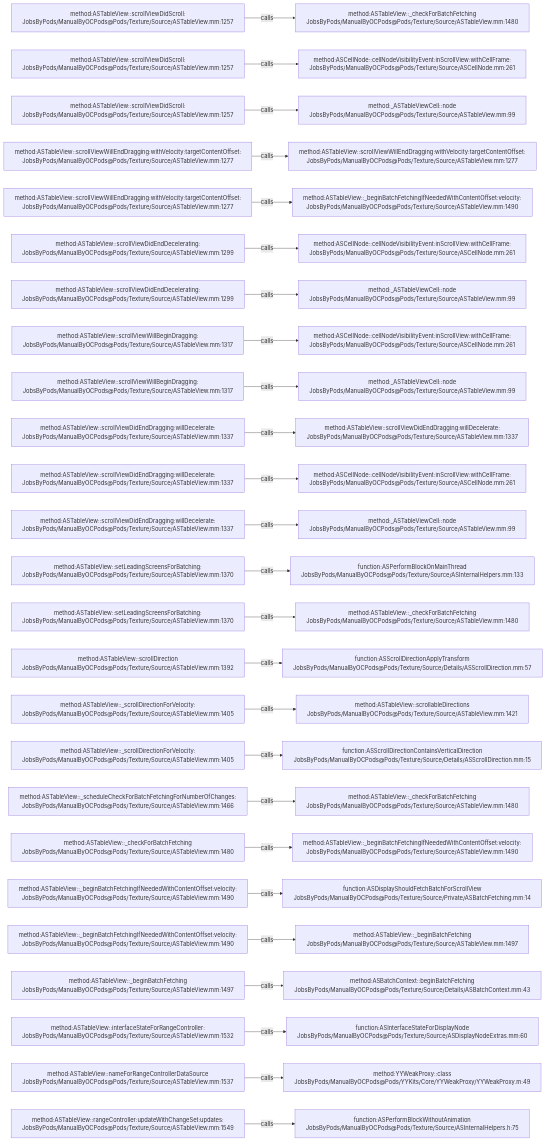
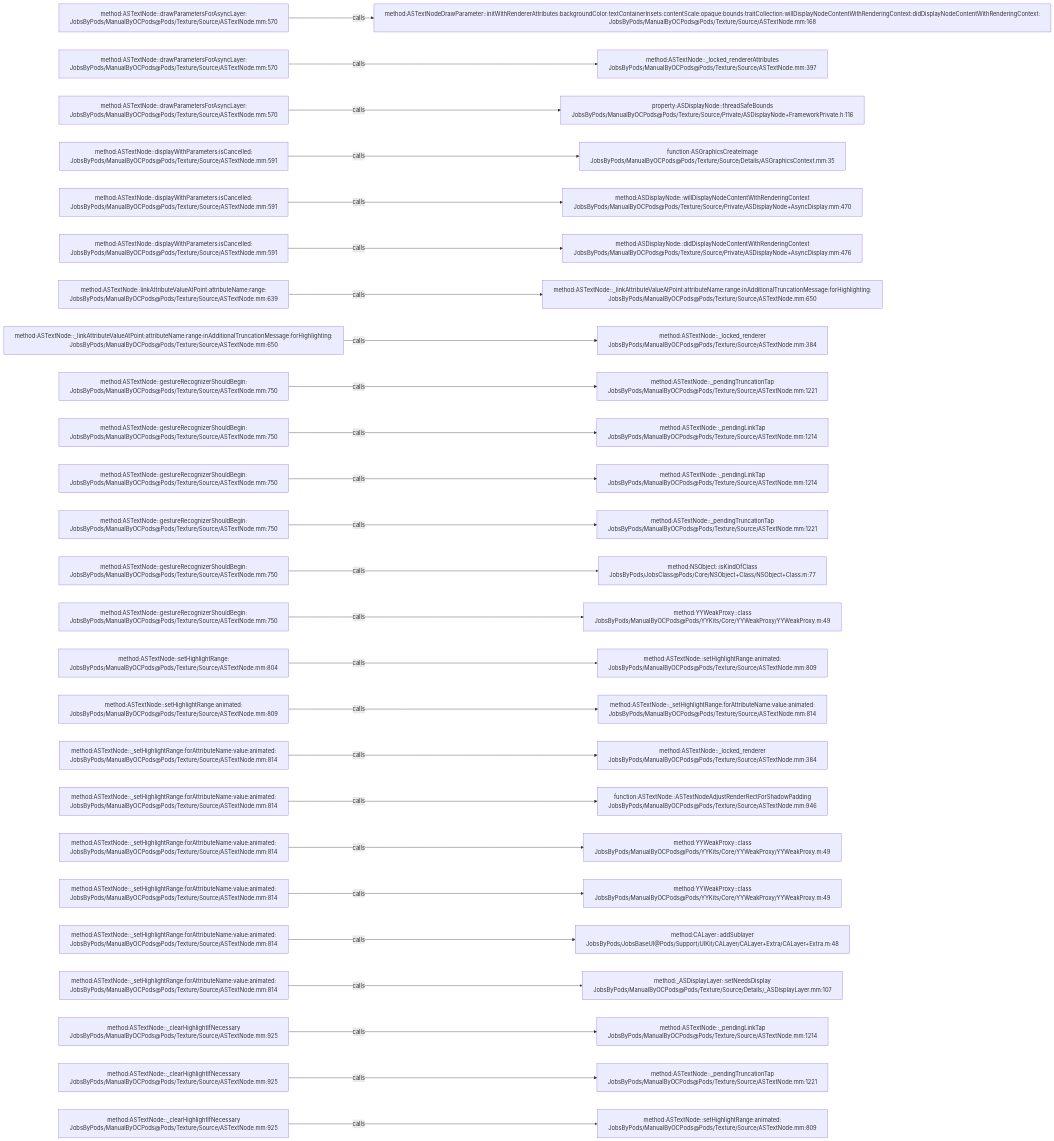
One commit to JobsKits/JobsOCBaseConfigDemo changed the diagram in .codegraph/codegraph.md/graphs/calls-137.md. Above: the diagram before and after it, drawn with Mermaid. The commit also changed 1223 other files, not shown here.

````diff
--- a/.codegraph/codegraph.md/graphs/calls-137.md
+++ b/.codegraph/codegraph.md/graphs/calls-137.md
@@ -13,78 +13,78 @@
 ```mermaid
 flowchart LR
-  S1["method:ASTableView::scrollViewDidScroll:<br/>JobsByPods/ManualByOCPods@Pods/Texture/Source/ASTableView.mm:1257"]
-  T1["method:ASTableView::_checkForBatchFetching<br/>JobsByPods/ManualByOCPods@Pods/Texture/Source/ASTableView.mm:1480"]
+  S1["method:ASTextNode::drawParametersForAsyncLayer:<br/>JobsByPods/ManualByOCPods@Pods/Texture/Source/ASTextNode.mm:570"]
+  T1["method:ASTextNodeDrawParameter::initWithRendererAttributes:backgroundColor:textContainerInsets:contentScale:opaque:bounds:traitCollection:willDisplayNodeContentWithRenderingContext:didDisplayNodeContentWithRenderingContext:<br/>JobsByPods/ManualByOCPods@Pods/Texture/Source/ASTextNode.mm:168"]
   S1 -->|calls| T1
-  S2["method:ASTableView::scrollViewDidScroll:<br/>JobsByPods/ManualByOCPods@Pods/Texture/Source/ASTableView.mm:1257"]
-  T2["method:ASCellNode::cellNodeVisibilityEvent:inScrollView:withCellFrame:<br/>JobsByPods/ManualByOCPods@Pods/Texture/Source/ASCellNode.mm:261"]
+  S2["method:ASTextNode::drawParametersForAsyncLayer:<br/>JobsByPods/ManualByOCPods@Pods/Texture/Source/ASTextNode.mm:570"]
+  T2["method:ASTextNode::_locked_rendererAttributes<br/>JobsByPods/ManualByOCPods@Pods/Texture/Source/ASTextNode.mm:397"]
   S2 -->|calls| T2
-  S3["method:ASTableView::scrollViewDidScroll:<br/>JobsByPods/ManualByOCPods@Pods/Texture/Source/ASTableView.mm:1257"]
-  T3["method:_ASTableViewCell::node<br/>JobsByPods/ManualByOCPods@Pods/Texture/Source/ASTableView.mm:99"]
+  S3["method:ASTextNode::drawParametersForAsyncLayer:<br/>JobsByPods/ManualByOCPods@Pods/Texture/Source/ASTextNode.mm:570"]
+  T3["property:ASDisplayNode::threadSafeBounds<br/>JobsByPods/ManualByOCPods@Pods/Texture/Source/Private/ASDisplayNode+FrameworkPrivate.h:116"]
   S3 -->|calls| T3
-  S4["method:ASTableView::scrollViewWillEndDragging:withVelocity:targetContentOffset:<br/>JobsByPods/ManualByOCPods@Pods/Texture/Source/ASTableView.mm:1277"]
-  T4["method:ASTableView::scrollViewWillEndDragging:withVelocity:targetContentOffset:<br/>JobsByPods/ManualByOCPods@Pods/Texture/Source/ASTableView.mm:1277"]
+  S4["method:ASTextNode::displayWithParameters:isCancelled:<br/>JobsByPods/ManualByOCPods@Pods/Texture/Source/ASTextNode.mm:591"]
+  T4["function:ASGraphicsCreateImage<br/>JobsByPods/ManualByOCPods@Pods/Texture/Source/Details/ASGraphicsContext.mm:35"]
   S4 -->|calls| T4
-  S5["method:ASTableView::scrollViewWillEndDragging:withVelocity:targetContentOffset:<br/>JobsByPods/ManualByOCPods@Pods/Texture/Source/ASTableView.mm:1277"]
-  T5["method:ASTableView::_beginBatchFetchingIfNeededWithContentOffset:velocity:<br/>JobsByPods/ManualByOCPods@Pods/Texture/Source/ASTableView.mm:1490"]
+  S5["method:ASTextNode::displayWithParameters:isCancelled:<br/>JobsByPods/ManualByOCPods@Pods/Texture/Source/ASTextNode.mm:591"]
+  T5["method:ASDisplayNode::willDisplayNodeContentWithRenderingContext<br/>JobsByPods/ManualByOCPods@Pods/Texture/Source/Private/ASDisplayNode+AsyncDisplay.mm:470"]
   S5 -->|calls| T5
-  S6["method:ASTableView::scrollViewDidEndDecelerating:<br/>JobsByPods/ManualByOCPods@Pods/Texture/Source/ASTableView.mm:1299"]
-  T6["method:ASCellNode::cellNodeVisibilityEvent:inScrollView:withCellFrame:<br/>JobsByPods/ManualByOCPods@Pods/Texture/Source/ASCellNode.mm:261"]
+  S6["method:ASTextNode::displayWithParameters:isCancelled:<br/>JobsByPods/ManualByOCPods@Pods/Texture/Source/ASTextNode.mm:591"]
+  T6["method:ASDisplayNode::didDisplayNodeContentWithRenderingContext<br/>JobsByPods/ManualByOCPods@Pods/Texture/Source/Private/ASDisplayNode+AsyncDisplay.mm:476"]
   S6 -->|calls| T6
-  S7["method:ASTableView::scrollViewDidEndDecelerating:<br/>JobsByPods/ManualByOCPods@Pods/Texture/Source/ASTableView.mm:1299"]
-  T7["method:_ASTableViewCell::node<br/>JobsByPods/ManualByOCPods@Pods/Texture/Source/ASTableView.mm:99"]
+  S7["method:ASTextNode::linkAttributeValueAtPoint:attributeName:range:<br/>JobsByPods/ManualByOCPods@Pods/Texture/Source/ASTextNode.mm:639"]
+  T7["method:ASTextNode::_linkAttributeValueAtPoint:attributeName:range:inAdditionalTruncationMessage:forHighlighting:<br/>JobsByPods/ManualByOCPods@Pods/Texture/Source/ASTextNode.mm:650"]
   S7 -->|calls| T7
-  S8["method:ASTableView::scrollViewWillBeginDragging:<br/>JobsByPods/ManualByOCPods@Pods/Texture/Source/ASTableView.mm:1317"]
-  T8["method:ASCellNode::cellNodeVisibilityEvent:inScrollView:withCellFrame:<br/>JobsByPods/ManualByOCPods@Pods/Texture/Source/ASCellNode.mm:261"]
+  S8["method:ASTextNode::_linkAttributeValueAtPoint:attributeName:range:inAdditionalTruncationMessage:forHighlighting:<br/>JobsByPods/ManualByOCPods@Pods/Texture/Source/ASTextNode.mm:650"]
+  T8["method:ASTextNode::_locked_renderer<br/>JobsByPods/ManualByOCPods@Pods/Texture/Source/ASTextNode.mm:384"]
   S8 -->|calls| T8
-  S9["method:ASTableView::scrollViewWillBeginDragging:<br/>JobsByPods/ManualByOCPods@Pods/Texture/Source/ASTableView.mm:1317"]
-  T9["method:_ASTableViewCell::node<br/>JobsByPods/ManualByOCPods@Pods/Texture/Source/ASTableView.mm:99"]
+  S9["method:ASTextNode::gestureRecognizerShouldBegin:<br/>JobsByPods/ManualByOCPods@Pods/Texture/Source/ASTextNode.mm:750"]
+  T9["method:ASTextNode::_pendingTruncationTap<br/>JobsByPods/ManualByOCPods@Pods/Texture/Source/ASTextNode.mm:1221"]
   S9 -->|calls| T9
-  S10["method:ASTableView::scrollViewDidEndDragging:willDecelerate:<br/>JobsByPods/ManualByOCPods@Pods/Texture/Source/ASTableView.mm:1337"]
-  T10["method:ASTableView::scrollViewDidEndDragging:willDecelerate:<br/>JobsByPods/ManualByOCPods@Pods/Texture/Source/ASTableView.mm:1337"]
+  S10["method:ASTextNode::gestureRecognizerShouldBegin:<br/>JobsByPods/ManualByOCPods@Pods/Texture/Source/ASTextNode.mm:750"]
+  T10["method:ASTextNode::_pendingLinkTap<br/>JobsByPods/ManualByOCPods@Pods/Texture/Source/ASTextNode.mm:1214"]
   S10 -->|calls| T10
-  S11["method:ASTableView::scrollViewDidEndDragging:willDecelerate:<br/>JobsByPods/ManualByOCPods@Pods/Texture/Source/ASTableView.mm:1337"]
-  T11["method:ASCellNode::cellNodeVisibilityEvent:inScrollView:withCellFrame:<br/>JobsByPods/ManualByOCPods@Pods/Texture/Source/ASCellNode.mm:261"]
+  S11["method:ASTextNode::gestureRecognizerShouldBegin:<br/>JobsByPods/ManualByOCPods@Pods/Texture/Source/ASTextNode.mm:750"]
+  T11["method:ASTextNode::_pendingLinkTap<br/>JobsByPods/ManualByOCPods@Pods/Texture/Source/ASTextNode.mm:1214"]
   S11 -->|calls| T11
-  S12["method:ASTableView::scrollViewDidEndDragging:willDecelerate:<br/>JobsByPods/ManualByOCPods@Pods/Texture/Source/ASTableView.mm:1337"]
-  T12["method:_ASTableViewCell::node<br/>JobsByPods/ManualByOCPods@Pods/Texture/Source/ASTableView.mm:99"]
+  S12["method:ASTextNode::gestureRecognizerShouldBegin:<br/>JobsByPods/ManualByOCPods@Pods/Texture/Source/ASTextNode.mm:750"]
+  T12["method:ASTextNode::_pendingTruncationTap<br/>JobsByPods/ManualByOCPods@Pods/Texture/Source/ASTextNode.mm:1221"]
   S12 -->|calls| T12
-  S13["method:ASTableView::setLeadingScreensForBatching:<br/>JobsByPods/ManualByOCPods@Pods/Texture/Source/ASTableView.mm:1370"]
-  T13["function:ASPerformBlockOnMainThread<br/>JobsByPods/ManualByOCPods@Pods/Texture/Source/ASInternalHelpers.mm:133"]
+  S13["method:ASTextNode::gestureRecognizerShouldBegin:<br/>JobsByPods/ManualByOCPods@Pods/Texture/Source/ASTextNode.mm:750"]
+  T13["method:NSObject::isKindOfClass<br/>JobsByPods/JobsClass@Pods/Core/NSObject+Class/NSObject+Class.m:77"]
   S13 -->|calls| T13
-  S14["method:ASTableView::setLeadingScreensForBatching:<br/>JobsByPods/ManualByOCPods@Pods/Texture/Source/ASTableView.mm:1370"]
-  T14["method:ASTableView::_checkForBatchFetching<br/>JobsByPods/ManualByOCPods@Pods/Texture/Source/ASTableView.mm:1480"]
+  S14["method:ASTextNode::gestureRecognizerShouldBegin:<br/>JobsByPods/ManualByOCPods@Pods/Texture/Source/ASTextNode.mm:750"]
+  T14["method:YYWeakProxy::class<br/>JobsByPods/ManualByOCPods@Pods/YYKits/Core/YYWeakProxy/YYWeakProxy.m:49"]
   S14 -->|calls| T14
-  S15["method:ASTableView::scrollDirection<br/>JobsByPods/ManualByOCPods@Pods/Texture/Source/ASTableView.mm:1392"]
-  T15["function:ASScrollDirectionApplyTransform<br/>JobsByPods/ManualByOCPods@Pods/Texture/Source/Details/ASScrollDirection.mm:57"]
+  S15["method:ASTextNode::setHighlightRange:<br/>JobsByPods/ManualByOCPods@Pods/Texture/Source/ASTextNode.mm:804"]
+  T15["method:ASTextNode::setHighlightRange:animated:<br/>JobsByPods/ManualByOCPods@Pods/Texture/Source/ASTextNode.mm:809"]
   S15 -->|calls| T15
-  S16["method:ASTableView::_scrollDirectionForVelocity:<br/>JobsByPods/ManualByOCPods@Pods/Texture/Source/ASTableView.mm:1405"]
-  T16["method:ASTableView::scrollableDirections<br/>JobsByPods/ManualByOCPods@Pods/Texture/Source/ASTableView.mm:1421"]
+  S16["method:ASTextNode::setHighlightRange:animated:<br/>JobsByPods/ManualByOCPods@Pods/Texture/Source/ASTextNode.mm:809"]
+  T16["method:ASTextNode::_setHighlightRange:forAttributeName:value:animated:<br/>JobsByPods/ManualByOCPods@Pods/Texture/Source/ASTextNode.mm:814"]
   S16 -->|calls| T16
-  S17["method:ASTableView::_scrollDirectionForVelocity:<br/>JobsByPods/ManualByOCPods@Pods/Texture/Source/ASTableView.mm:1405"]
-  T17["function:ASScrollDirectionContainsVerticalDirection<br/>JobsByPods/ManualByOCPods@Pods/Texture/Source/Details/ASScrollDirection.mm:15"]
+  S17["method:ASTextNode::_setHighlightRange:forAttributeName:value:animated:<br/>JobsByPods/ManualByOCPods@Pods/Texture/Source/ASTextNode.mm:814"]
+  T17["method:ASTextNode::_locked_renderer<br/>JobsByPods/ManualByOCPods@Pods/Texture/Source/ASTextNode.mm:384"]
   S17 -->|calls| T17
-  S18["method:ASTableView::_scheduleCheckForBatchFetchingForNumberOfChanges:<br/>JobsByPods/ManualByOCPods@Pods/Texture/Source/ASTableView.mm:1466"]
-  T18["method:ASTableView::_checkForBatchFetching<br/>JobsByPods/ManualByOCPods@Pods/Texture/Source/ASTableView.mm:1480"]
+  S18["method:ASTextNode::_setHighlightRange:forAttributeName:value:animated:<br/>JobsByPods/ManualByOCPods@Pods/Texture/Source/ASTextNode.mm:814"]
+  T18["function:ASTextNode::ASTextNodeAdjustRenderRectForShadowPadding<br/>JobsByPods/ManualByOCPods@Pods/Texture/Source/ASTextNode.mm:946"]
   S18 -->|calls| T18
-  S19["method:ASTableView::_checkForBatchFetching<br/>JobsByPods/ManualByOCPods@Pods/Texture/Source/ASTableView.mm:1480"]
-  T19["method:ASTableView::_beginBatchFetchingIfNeededWithContentOffset:velocity:<br/>JobsByPods/ManualByOCPods@Pods/Texture/Source/ASTableView.mm:1490"]
+  S19["method:ASTextNode::_setHighlightRange:forAttributeName:value:animated:<br/>JobsByPods/ManualByOCPods@Pods/Texture/Source/ASTextNode.mm:814"]
+  T19["method:YYWeakProxy::class<br/>JobsByPods/ManualByOCPods@Pods/YYKits/Core/YYWeakProxy/YYWeakProxy.m:49"]
   S19 -->|calls| T19
-  S20["method:ASTableView::_beginBatchFetchingIfNeededWithContentOffset:velocity:<br/>JobsByPods/ManualByOCPods@Pods/Texture/Source/ASTableView.mm:1490"]
-  T20["function:ASDisplayShouldFetchBatchForScrollView<br/>JobsByPods/ManualByOCPods@Pods/Texture/Source/Private/ASBatchFetching.mm:14"]
+  S20["method:ASTextNode::_setHighlightRange:forAttributeName:value:animated:<br/>JobsByPods/ManualByOCPods@Pods/Texture/Source/ASTextNode.mm:814"]
+  T20["method:YYWeakProxy::class<br/>JobsByPods/ManualByOCPods@Pods/YYKits/Core/YYWeakProxy/YYWeakProxy.m:49"]
   S20 -->|calls| T20
-  S21["method:ASTableView::_beginBatchFetchingIfNeededWithContentOffset:velocity:<br/>JobsByPods/ManualByOCPods@Pods/Texture/Source/ASTableView.mm:1490"]
-  T21["method:ASTableView::_beginBatchFetching<br/>JobsByPods/ManualByOCPods@Pods/Texture/Source/ASTableView.mm:1497"]
+  S21["method:ASTextNode::_setHighlightRange:forAttributeName:value:animated:<br/>JobsByPods/ManualByOCPods@Pods/Texture/Source/ASTextNode.mm:814"]
+  T21["method:CALayer::addSublayer<br/>JobsByPods/JobsBaseUI@Pods/Support/UIKit/CALayer/CALayer+Extra/CALayer+Extra.m:48"]
   S21 -->|calls| T21
-  S22["method:ASTableView::_beginBatchFetching<br/>JobsByPods/ManualByOCPods@Pods/Texture/Source/ASTableView.mm:1497"]
-  T22["method:ASBatchContext::beginBatchFetching<br/>JobsByPods/ManualByOCPods@Pods/Texture/Source/Details/ASBatchContext.mm:43"]
+  S22["method:ASTextNode::_setHighlightRange:forAttributeName:value:animated:<br/>JobsByPods/ManualByOCPods@Pods/Texture/Source/ASTextNode.mm:814"]
+  T22["method:_ASDisplayLayer::setNeedsDisplay<br/>JobsByPods/ManualByOCPods@Pods/Texture/Source/Details/_ASDisplayLayer.mm:107"]
   S22 -->|calls| T22
-  S23["method:ASTableView::interfaceStateForRangeController:<br/>JobsByPods/ManualByOCPods@Pods/Texture/Source/ASTableView.mm:1532"]
-  T23["function:ASInterfaceStateForDisplayNode<br/>JobsByPods/ManualByOCPods@Pods/Texture/Source/ASDisplayNodeExtras.mm:60"]
+  S23["method:ASTextNode::_clearHighlightIfNecessary<br/>JobsByPods/ManualByOCPods@Pods/Texture/Source/ASTextNode.mm:925"]
+  T23["method:ASTextNode::_pendingLinkTap<br/>JobsByPods/ManualByOCPods@Pods/Texture/Source/ASTextNode.mm:1214"]
   S23 -->|calls| T23
-  S24["method:ASTableView::nameForRangeControllerDataSource<br/>JobsByPods/ManualByOCPods@Pods/Texture/Source/ASTableView.mm:1537"]
-  T24["method:YYWeakProxy::class<br/>JobsByPods/ManualByOCPods@Pods/YYKits/Core/YYWeakProxy/YYWeakProxy.m:49"]
+  S24["method:ASTextNode::_clearHighlightIfNecessary<br/>JobsByPods/ManualByOCPods@Pods/Texture/Source/ASTextNode.mm:925"]
+  T24["method:ASTextNode::_pendingTruncationTap<br/>JobsByPods/ManualByOCPods@Pods/Texture/Source/ASTextNode.mm:1221"]
   S24 -->|calls| T24
-  S25["method:ASTableView::rangeController:updateWithChangeSet:updates:<br/>JobsByPods/ManualByOCPods@Pods/Texture/Source/ASTableView.mm:1549"]
-  T25["function:ASPerformBlockWithoutAnimation<br/>JobsByPods/ManualByOCPods@Pods/Texture/Source/ASInternalHelpers.h:75"]
+  S25["method:ASTextNode::_clearHighlightIfNecessary<br/>JobsByPods/ManualByOCPods@Pods/Texture/Source/ASTextNode.mm:925"]
+  T25["method:ASTextNode::setHighlightRange:animated:<br/>JobsByPods/ManualByOCPods@Pods/Texture/Source/ASTextNode.mm:809"]
   S25 -->|calls| T25
 ```
````
